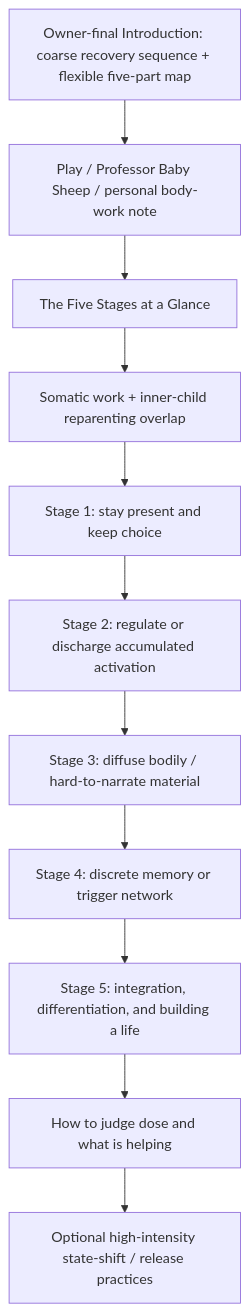
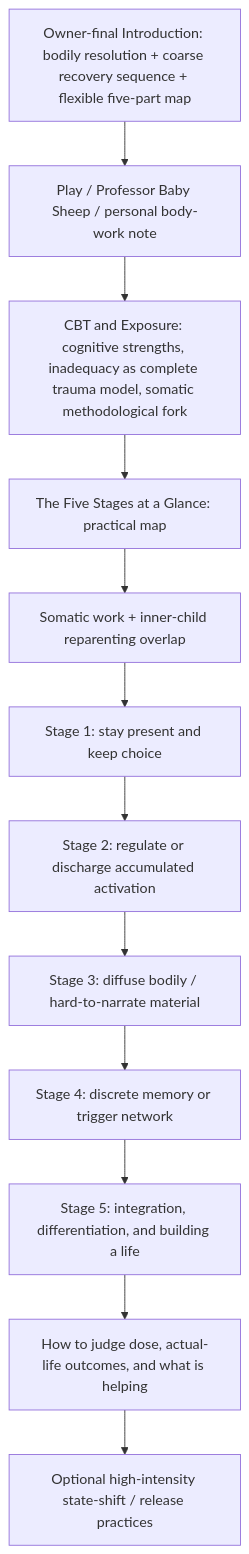
Before and after one commit to u-dont-existDOTcom/joel-articles: the diagram in articles/somatic-therapies/ARCHITECTURE.md, drawn with Mermaid. The commit also changed other lines of this file, not shown here.

Commit message:
Promote accepted CBT-somatic article architecture

````diff
--- a/articles/somatic-therapies/ARCHITECTURE.md
+++ b/articles/somatic-therapies/ARCHITECTURE.md
@@ -8,13 +8,14 @@
 ```mermaid
 flowchart TD
-    A[Owner-final Introduction: coarse recovery sequence + flexible five-part map] --> B[Play / Professor Baby Sheep / personal body-work note]
-    B --> C[The Five Stages at a Glance]
-    C --> D[Somatic work + inner-child reparenting overlap]
-    D --> S1[Stage 1: stay present and keep choice]
+    A[Owner-final Introduction: bodily resolution + coarse recovery sequence + flexible five-part map] --> B[Play / Professor Baby Sheep / personal body-work note]
+    B --> C[CBT and Exposure: cognitive strengths, inadequacy as complete trauma model, somatic methodological fork]
+    C --> D[The Five Stages at a Glance: practical map]
+    D --> E[Somatic work + inner-child reparenting overlap]
+    E --> S1[Stage 1: stay present and keep choice]
     S1 --> S2[Stage 2: regulate or discharge accumulated activation]
     S2 --> S3[Stage 3: diffuse bodily / hard-to-narrate material]
     S3 --> S4[Stage 4: discrete memory or trigger network]
     S4 --> S5[Stage 5: integration, differentiation, and building a life]
-    S5 --> H[How to judge dose and what is helping]
+    S5 --> H[How to judge dose, actual-life outcomes, and what is helping]
     H --> X[Optional high-intensity state-shift / release practices]
 ```
````
